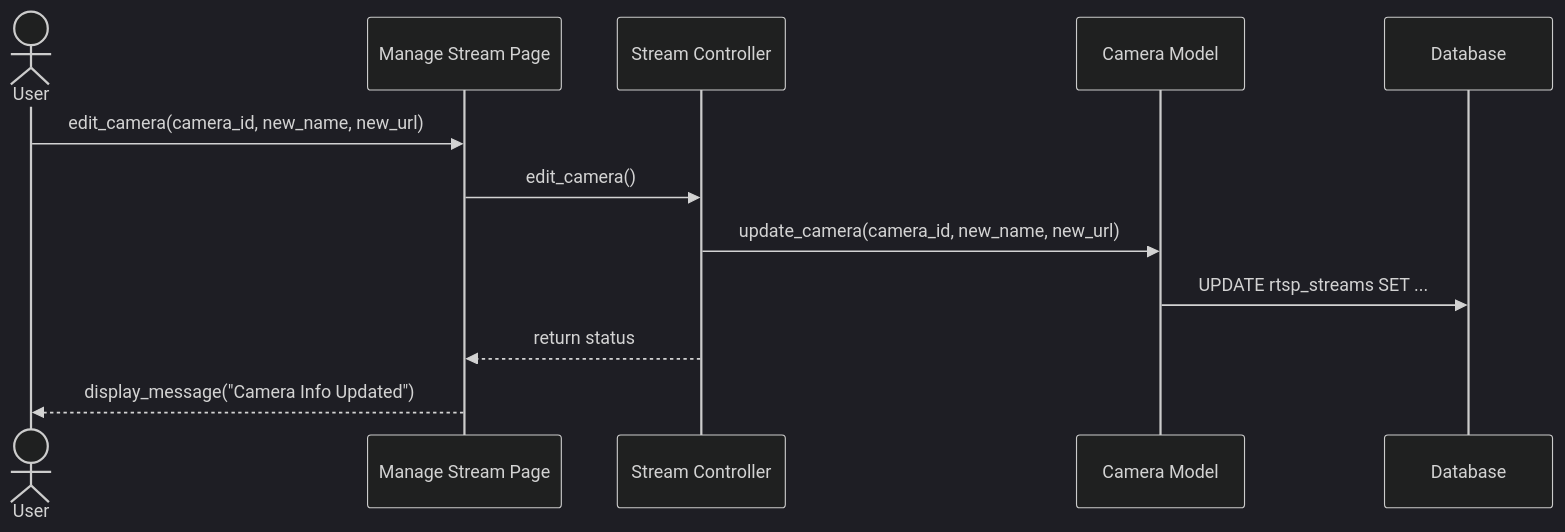
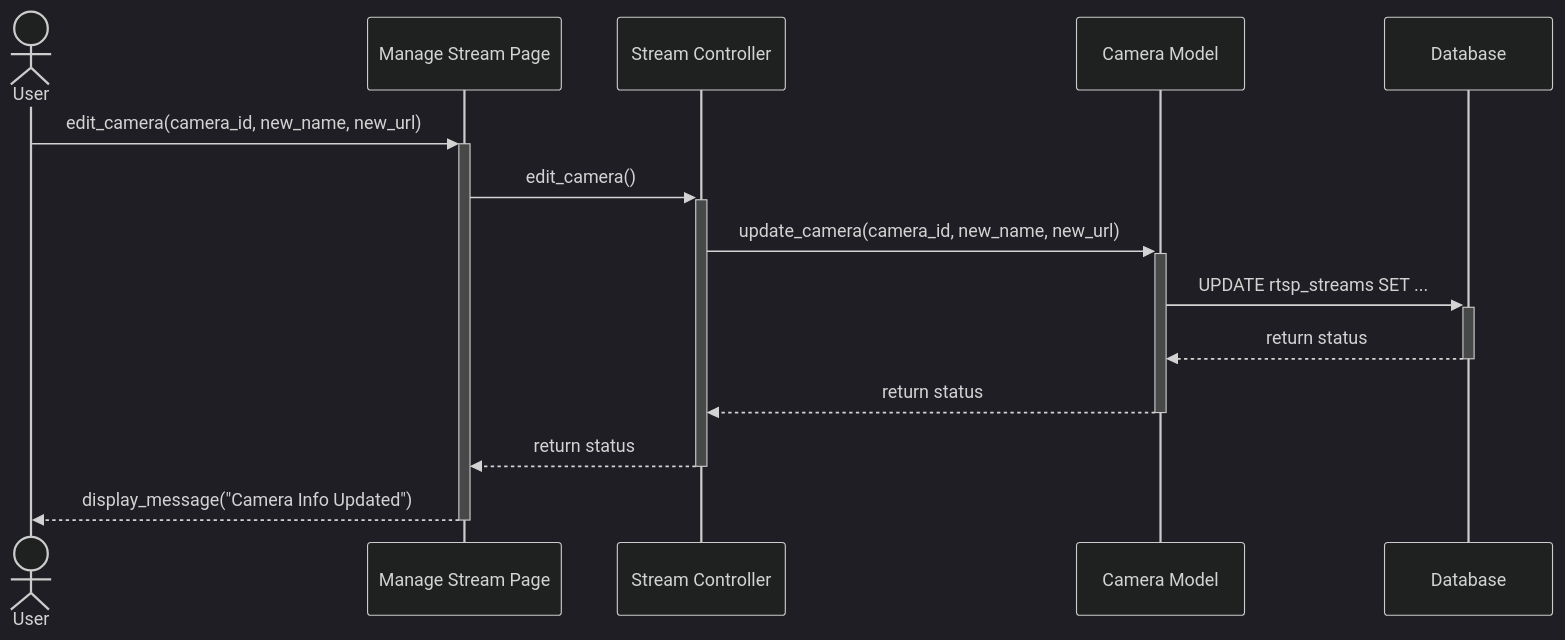
Diagram 15 of 20 in SYSTEM_DIAGRAMS.md (Tanaphat-Ken/ALPR-V2), drawn with Mermaid (dark theme) before and after one commit. The commit also changed other lines of this file, not shown here.

First line of the commit message:
fix: resolve Mermaid activation bar errors across sequence diagrams

````diff
--- a/SYSTEM_DIAGRAMS.md
+++ b/SYSTEM_DIAGRAMS.md
@@ -596,15 +628,17 @@
 ```mermaid
 sequenceDiagram
     actor User
     participant StreamPage as Manage Stream Page
     participant StreamController as Stream Controller
     participant CameraModel as Camera Model
     participant DB as Database
 
-    User->>StreamPage: edit_camera(camera_id, new_name, new_url)
-    StreamPage->>StreamController: edit_camera()
-    StreamController->>CameraModel: update_camera(camera_id, new_name, new_url)
-    CameraModel->>DB: UPDATE rtsp_streams SET ...
-    StreamController-->>StreamPage: return status
-    StreamPage-->>User: display_message("Camera Info Updated")
+    User->>+StreamPage: edit_camera(camera_id, new_name, new_url)
+    StreamPage->>+StreamController: edit_camera()
+    StreamController->>+CameraModel: update_camera(camera_id, new_name, new_url)
+    CameraModel->>+DB: UPDATE rtsp_streams SET ...
+    DB-->>-CameraModel: return status
+    CameraModel-->>-StreamController: return status
+    StreamController-->>-StreamPage: return status
+    StreamPage-->>-User: display_message("Camera Info Updated")
 ```
````
